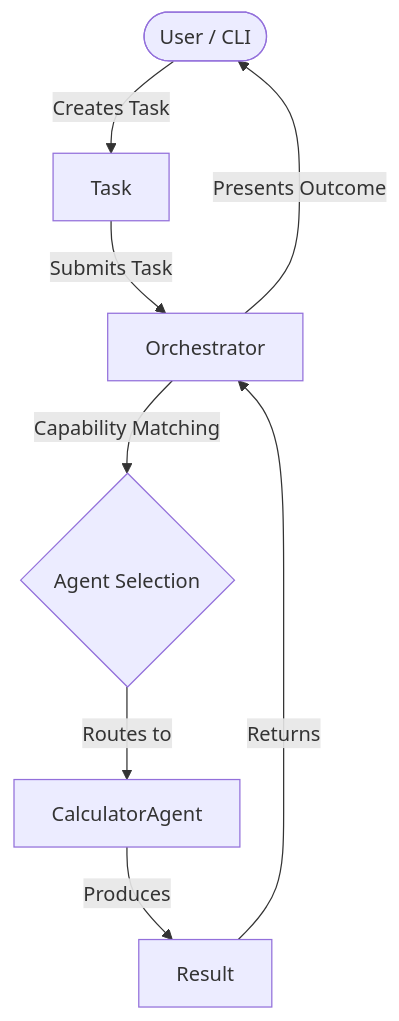
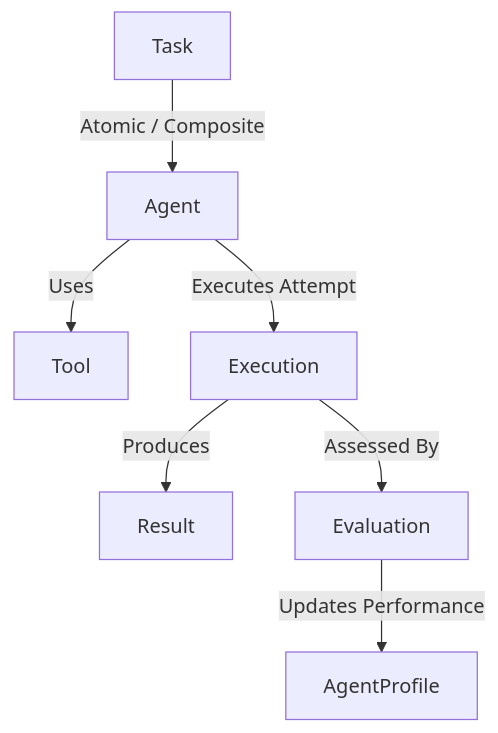
The first of 2 diagrams in context/ARCHITECTURE.md (AsmitBhandari/ABOS), drawn with Mermaid before and after one commit. The commit also changed other lines of this file and 19 other files, not shown here.

````diff
--- a/context/ARCHITECTURE.md
+++ b/context/ARCHITECTURE.md
@@ -9,10 +9,9 @@
 ```mermaid
 flowchart TD
-    User([User / CLI]) -->|Creates Task| Task[Task]
-    Task -->|Submits Task| Orchestrator[Orchestrator]
-    Orchestrator -->|Capability Matching| AgentSelection{Agent Selection}
-    AgentSelection -->|Routes to| CalculatorAgent[CalculatorAgent]
-    CalculatorAgent -->|Produces| Result[Result]
-    Result -->|Returns| Orchestrator
-    Orchestrator -->|Presents Outcome| User
+    Task[Task] -->|Atomic / Composite| Agent[Agent]
+    Agent -->|Uses| Tool[Tool]
+    Agent -->|Executes Attempt| Execution[Execution]
+    Execution -->|Produces| Result[Result]
+    Execution -->|Assessed By| Evaluation[Evaluation]
+    Evaluation -->|Updates Performance| AgentProfile[AgentProfile]
 ```
````
